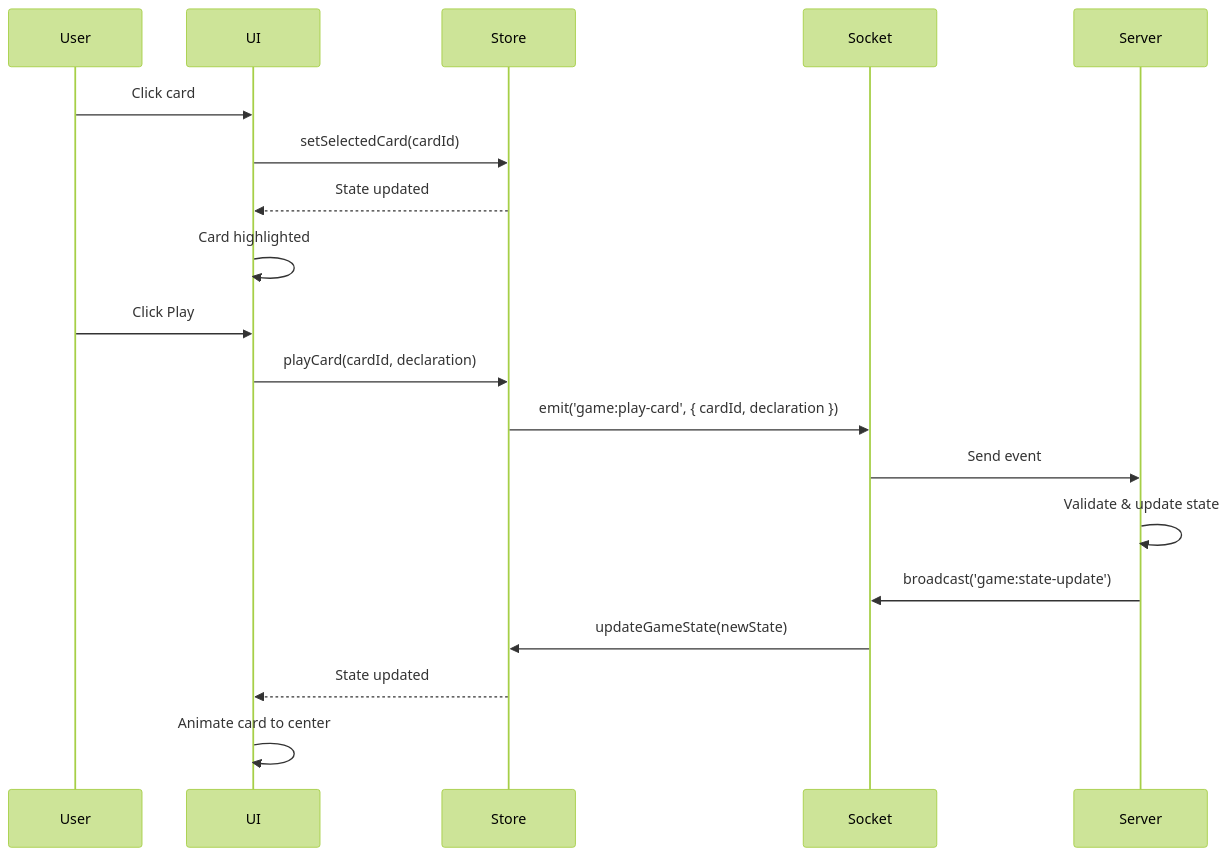
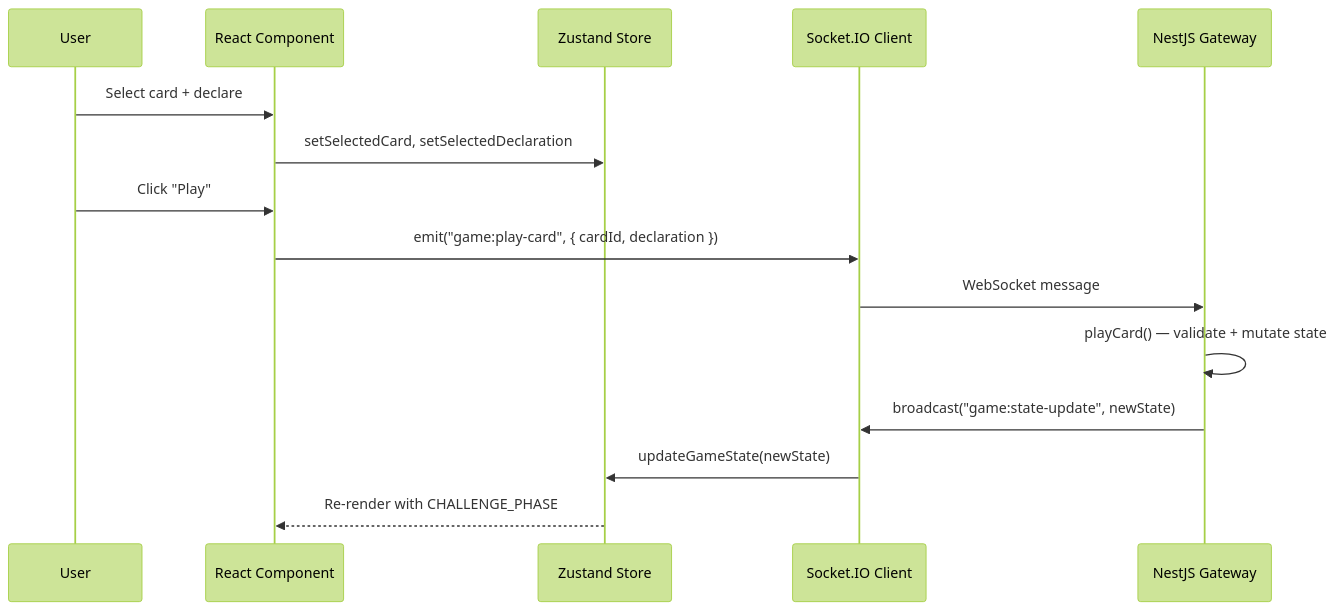
One commit to longuit2002-blip/spicy-sweet-game changed the third of 11 diagrams in docs/technical-design/sweet-spicy-game/tdd.md. Above: the diagram before and after it, drawn with Mermaid (forest theme). The commit also changed other lines of this file and 165 other files, not shown here.

````diff
--- a/docs/technical-design/sweet-spicy-game/tdd.md
+++ b/docs/technical-design/sweet-spicy-game/tdd.md
@@ -266,23 +254,18 @@
 ```mermaid
 sequenceDiagram
     participant User
-    participant UI
-    participant Store
-    participant Socket
-    participant Server
-    
-    User->>UI: Click card
-    UI->>Store: setSelectedCard(cardId)
-    Store-->>UI: State updated
-    UI->>UI: Card highlighted
-    
-    User->>UI: Click Play
-    UI->>Store: playCard(cardId, declaration)
-    Store->>Socket: emit('game:play-card', { cardId, declaration })
-    Socket->>Server: Send event
-    Server->>Server: Validate & update state
-    Server->>Socket: broadcast('game:state-update')
+    participant UI as React Component
+    participant Store as Zustand Store
+    participant Socket as Socket.IO Client
+    participant Server as NestJS Gateway
+
+    User->>UI: Select card + declare
+    UI->>Store: setSelectedCard, setSelectedDeclaration
+    User->>UI: Click "Play"
+    UI->>Socket: emit("game:play-card", { cardId, declaration })
+    Socket->>Server: WebSocket message
+    Server->>Server: playCard() — validate + mutate state
+    Server->>Socket: broadcast("game:state-update", newState)
     Socket->>Store: updateGameState(newState)
-    Store-->>UI: State updated
-    UI->>UI: Animate card to center
+    Store-->>UI: Re-render with CHALLENGE_PHASE
 ```
````
